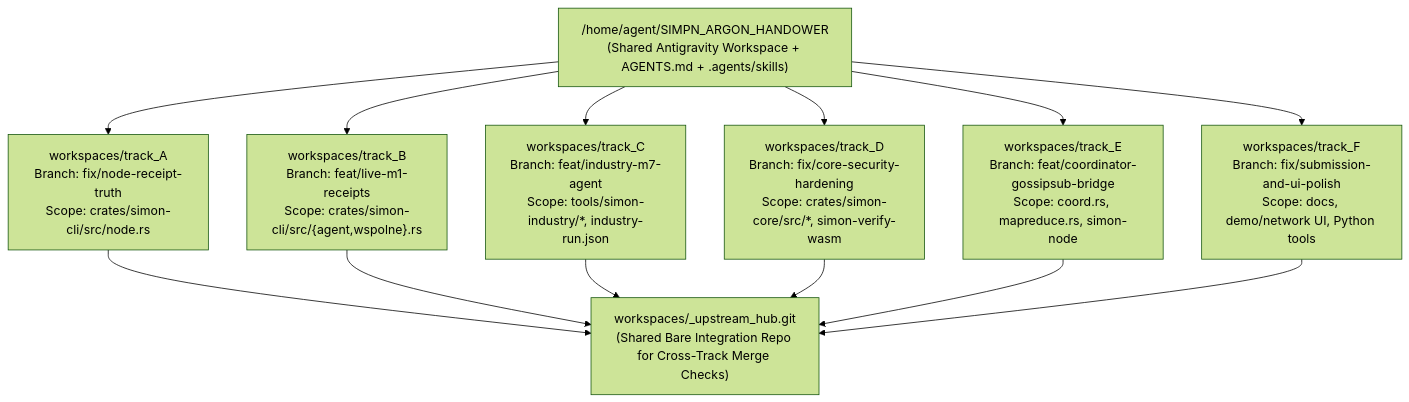
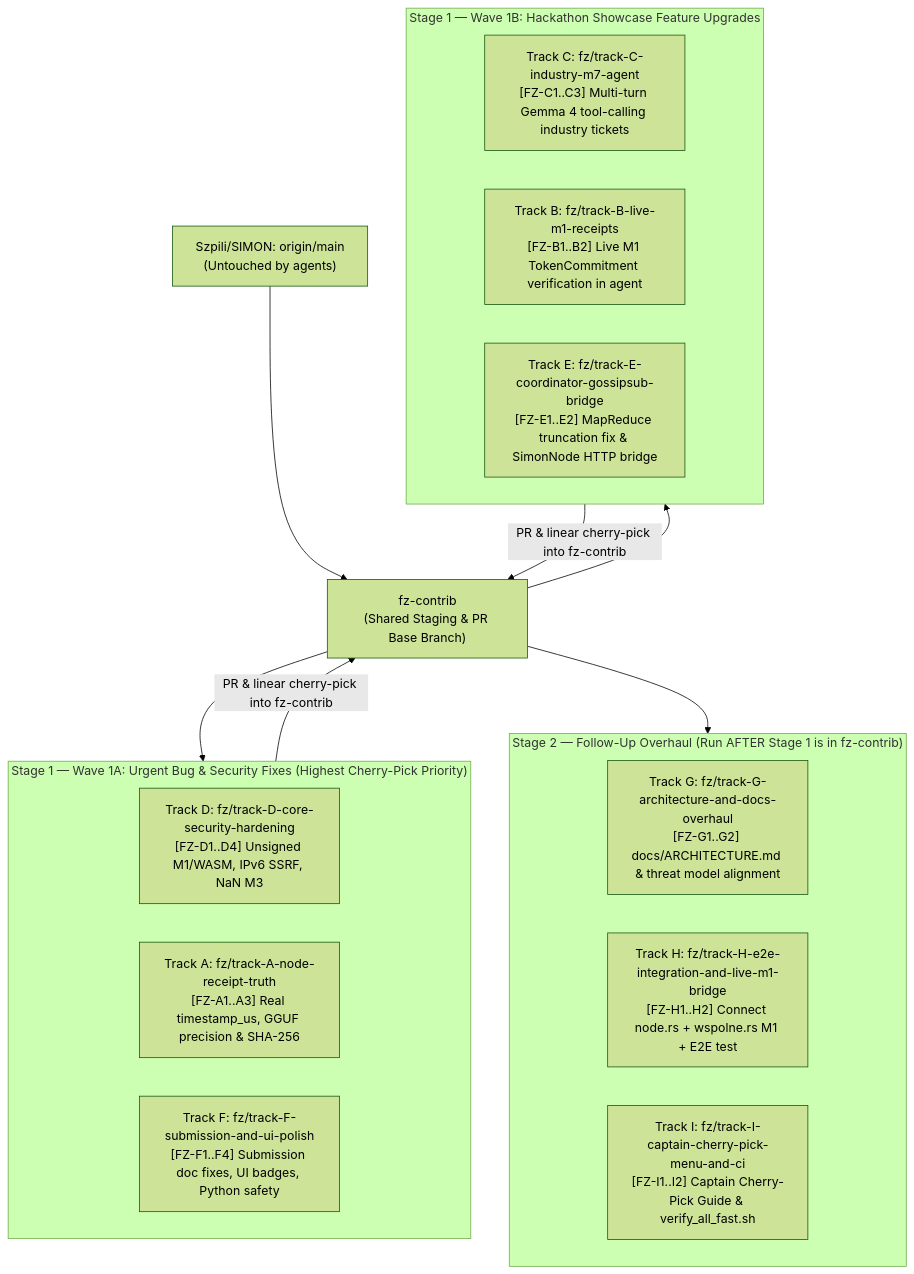
The diagram in parallel_agents/ORCHESTRATOR_GUIDE.md (filipzarzynski/SIMPN_ARGON_HANDOWER), drawn with Mermaid (forest theme) before and after one commit. The commit also changed other lines of this file and 7 other files, not shown here.

Commit message:
feat(handover): target fz-contrib staging branch, add Captain cherry-pick menu, and add Stage 2 Tracks G-I

````diff
--- a/parallel_agents/ORCHESTRATOR_GUIDE.md
+++ b/parallel_agents/ORCHESTRATOR_GUIDE.md
@@ -56,19 +16,30 @@
 ```mermaid
 flowchart TD
-    Root["/home/agent/SIMPN_ARGON_HANDOWER<br/>(Shared Antigravity Workspace + AGENTS.md + .agents/skills)"]
-    Hub["workspaces/_upstream_hub.git<br/>(Shared Bare Integration Repo for Cross-Track Merge Checks)"]
-    
-    Root --> WA["workspaces/track_A<br/>Branch: fix/node-receipt-truth<br/>Scope: crates/simon-cli/src/node.rs"]
-    Root --> WB["workspaces/track_B<br/>Branch: feat/live-m1-receipts<br/>Scope: crates/simon-cli/src/{agent,wspolne}.rs"]
-    Root --> WC["workspaces/track_C<br/>Branch: feat/industry-m7-agent<br/>Scope: tools/simon-industry/*, industry-run.json"]
-    Root --> WD["workspaces/track_D<br/>Branch: fix/core-security-hardening<br/>Scope: crates/simon-core/src/*, simon-verify-wasm"]
-    Root --> WE["workspaces/track_E<br/>Branch: feat/coordinator-gossipsub-bridge<br/>Scope: coord.rs, mapreduce.rs, simon-node"]
-    Root --> WF["workspaces/track_F<br/>Branch: fix/submission-and-ui-polish<br/>Scope: docs, demo/network UI, Python tools"]
+    Main["Szpili/SIMON: origin/main<br/>(Untouched by agents)"]
+    FZ["fz-contrib<br/>(Shared Staging & PR Base Branch)"]
+    Main --> FZ
 
-    WA --> Hub
-    WB --> Hub
-    WC --> Hub
-    WD --> Hub
-    WE --> Hub
-    WF --> Hub
+    subgraph Wave1A["Stage 1 — Wave 1A: Urgent Bug & Security Fixes (Highest Cherry-Pick Priority)"]
+        TD["Track D: fz/track-D-core-security-hardening<br/>[FZ-D1..D4] Unsigned M1/WASM, IPv6 SSRF, NaN M3"]
+        TA["Track A: fz/track-A-node-receipt-truth<br/>[FZ-A1..A3] Real timestamp_us, GGUF precision & SHA-256"]
+        TF["Track F: fz/track-F-submission-and-ui-polish<br/>[FZ-F1..F4] Submission doc fixes, UI badges, Python safety"]
+    end
+
+    subgraph Wave1B["Stage 1 — Wave 1B: Hackathon Showcase Feature Upgrades"]
+        TC["Track C: fz/track-C-industry-m7-agent<br/>[FZ-C1..C3] Multi-turn Gemma 4 tool-calling industry tickets"]
+        TB["Track B: fz/track-B-live-m1-receipts<br/>[FZ-B1..B2] Live M1 TokenCommitment verification in agent"]
+        TE["Track E: fz/track-E-coordinator-gossipsub-bridge<br/>[FZ-E1..E2] MapReduce truncation fix & SimonNode HTTP bridge"]
+    end
+
+    subgraph Stage2["Stage 2 — Follow-Up Overhaul (Run AFTER Stage 1 is in fz-contrib)"]
+        TG["Track G: fz/track-G-architecture-and-docs-overhaul<br/>[FZ-G1..G2] docs/ARCHITECTURE.md & threat model alignment"]
+        TH["Track H: fz/track-H-e2e-integration-and-live-m1-bridge<br/>[FZ-H1..H2] Connect node.rs + wspolne.rs M1 + E2E test"]
+        TI["Track I: fz/track-I-captain-cherry-pick-menu-and-ci<br/>[FZ-I1..I2] Captain Cherry-Pick Guide & verify_all_fast.sh"]
+    end
+
+    FZ --> Wave1A
+    FZ --> Wave1B
+    Wave1A -->|"PR & linear cherry-pick into fz-contrib"| FZ
+    Wave1B -->|"PR & linear cherry-pick into fz-contrib"| FZ
+    FZ --> Stage2
 ```
````
